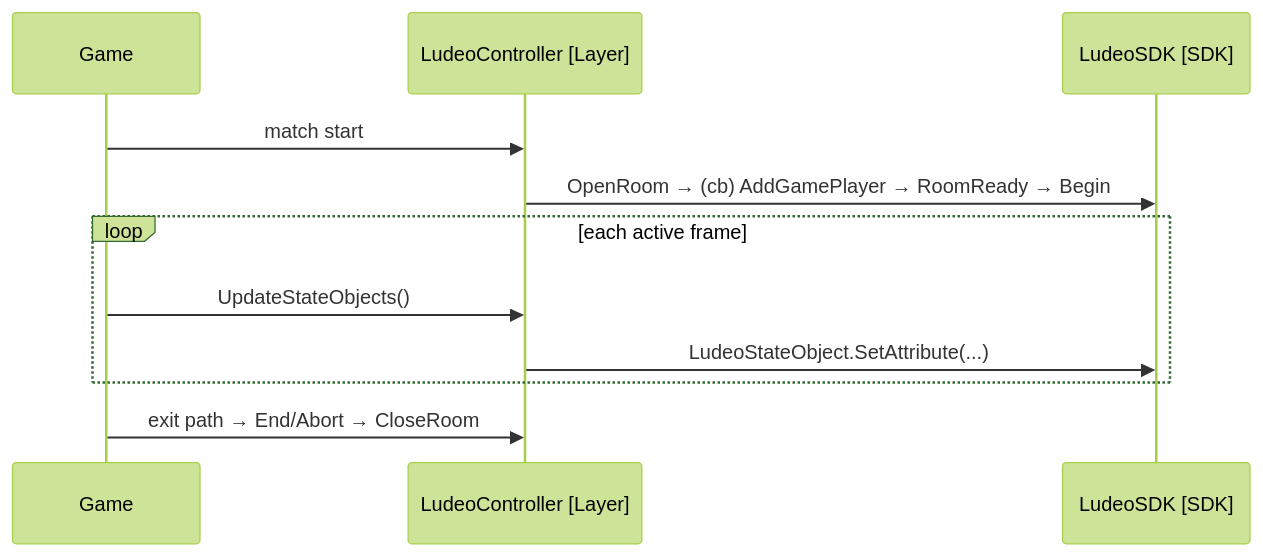
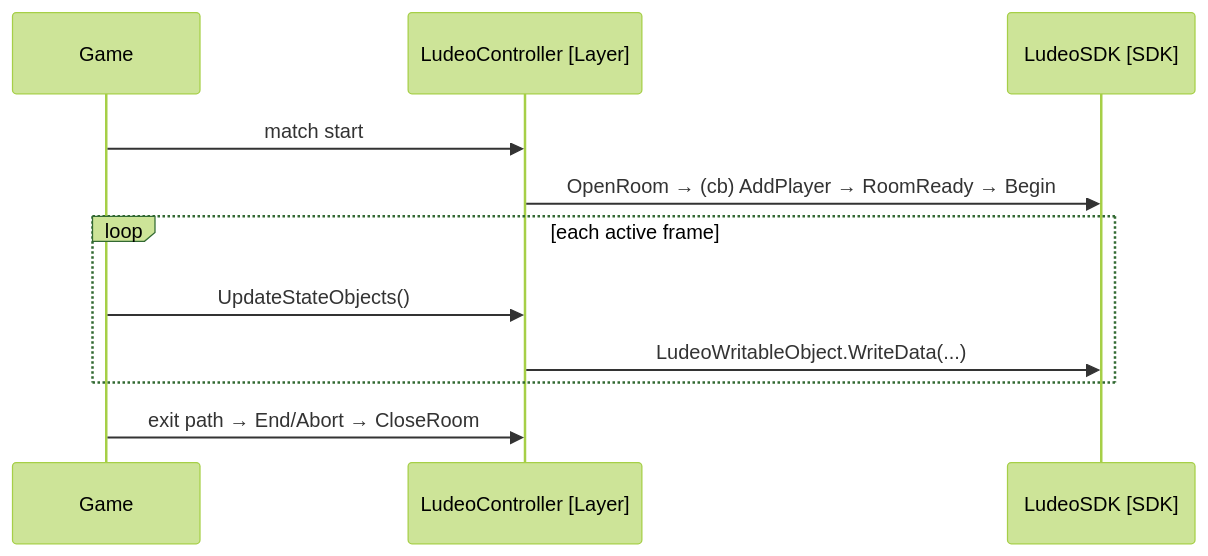
One commit to ludeo-labs/integration-skills changed the first of 2 diagrams in skills/ludeo-unity/references/ludeo-integration-docs/TDD_TEMPLATE.md. Above: the diagram before and after it, drawn with Mermaid (forest theme). The commit also changed 40 other files, not shown here.

````diff
--- a/skills/ludeo-unity/references/ludeo-integration-docs/TDD_TEMPLATE.md
+++ b/skills/ludeo-unity/references/ludeo-integration-docs/TDD_TEMPLATE.md
@@ -29,13 +29,13 @@
 ```mermaid
 sequenceDiagram
   participant Game
   participant Layer as LudeoController [Layer]
   participant SDK as LudeoSDK [SDK]
   Game->>Layer: match start
-  Layer->>SDK: OpenRoom → (cb) AddGamePlayer → RoomReady → Begin
+  Layer->>SDK: OpenRoom → (cb) AddPlayer → RoomReady → Begin
   loop each active frame
     Game->>Layer: UpdateStateObjects()
-    Layer->>SDK: LudeoStateObject.SetAttribute(...)
+    Layer->>SDK: LudeoWritableObject.WriteData(...)
   end
   Game->>Layer: exit path → End/Abort → CloseRoom
 ```
````
